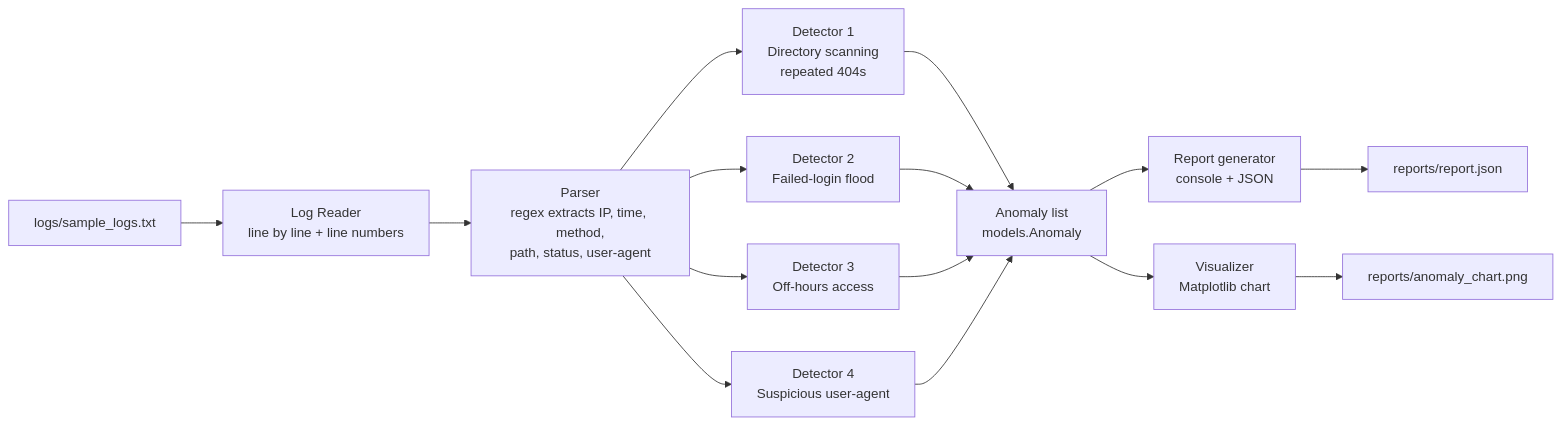
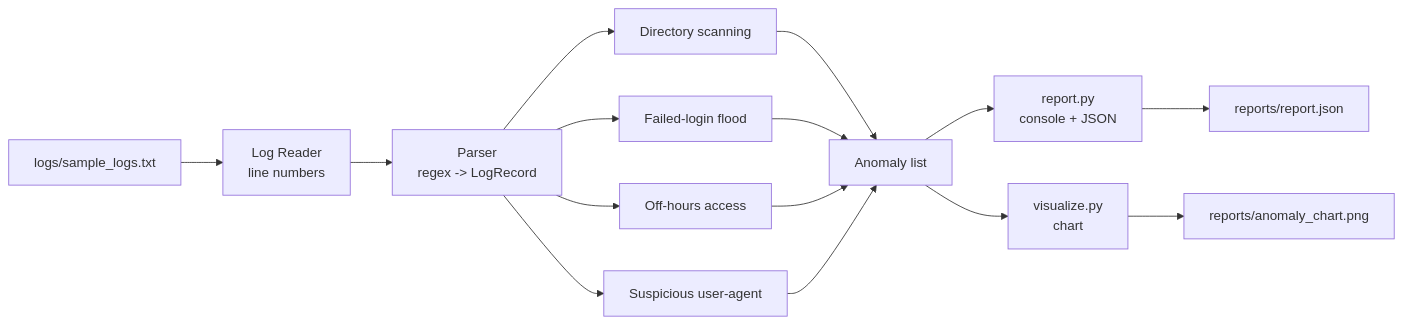
Before and after one commit to Panchami12345/server-log-anomaly-finder: the diagram in docs/architecture.md, drawn with Mermaid. The commit also changed other lines of this file, not shown here.

First line of the commit message:
Revise architecture documentation

````diff
--- a/docs/architecture.md
+++ b/docs/architecture.md
@@ -7,17 +12,17 @@
 ```mermaid
 flowchart LR
-    A[logs/sample_logs.txt] --> B[Log Reader<br/>line by line + line numbers]
-    B --> C[Parser<br/>regex extracts IP, time, method,<br/>path, status, user-agent]
-    C --> D1[Detector 1<br/>Directory scanning<br/>repeated 404s]
-    C --> D2[Detector 2<br/>Failed-login flood]
-    C --> D3[Detector 3<br/>Off-hours access]
-    C --> D4[Detector 4<br/>Suspicious user-agent]
-    D1 --> E[Anomaly list<br/>models.Anomaly]
+    A[logs/sample_logs.txt] --> B[Log Reader<br/>line numbers]
+    B --> C[Parser<br/>regex -> LogRecord]
+    C --> D1[Directory scanning]
+    C --> D2[Failed-login flood]
+    C --> D3[Off-hours access]
+    C --> D4[Suspicious user-agent]
+    D1 --> E[Anomaly list]
     D2 --> E
     D3 --> E
     D4 --> E
-    E --> F[Report generator<br/>console + JSON]
-    E --> G[Visualizer<br/>Matplotlib chart]
+    E --> F[report.py<br/>console + JSON]
+    E --> G[visualize.py<br/>chart]
     F --> H[reports/report.json]
     G --> I[reports/anomaly_chart.png]
 ```
````
